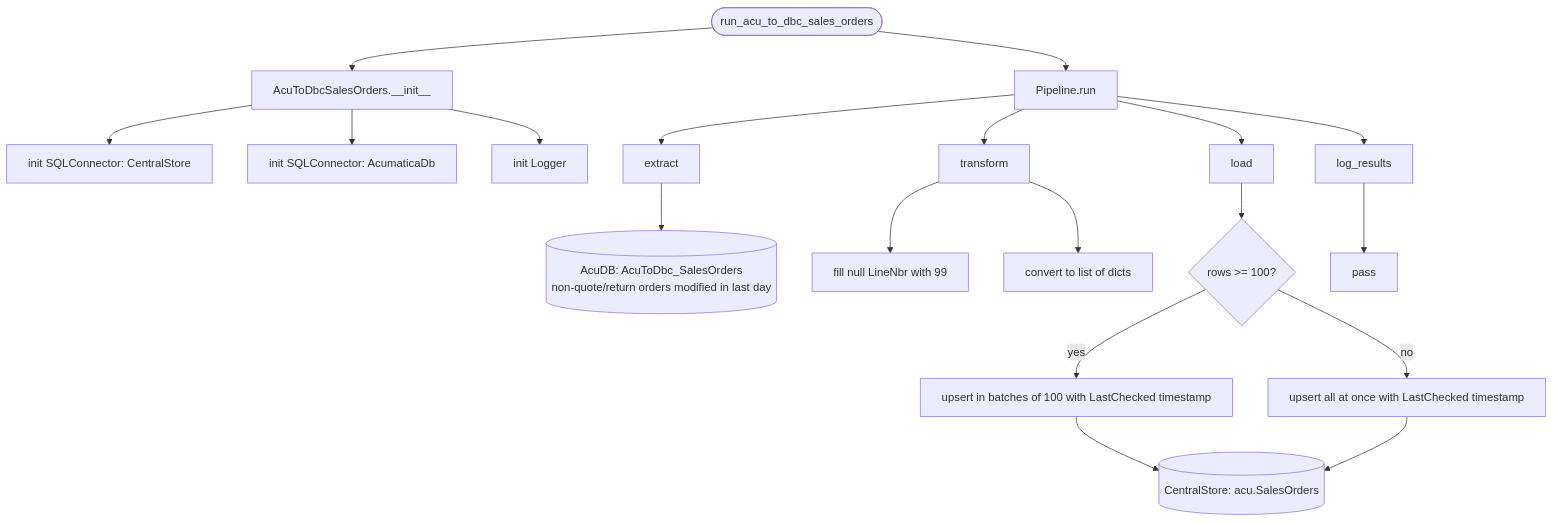
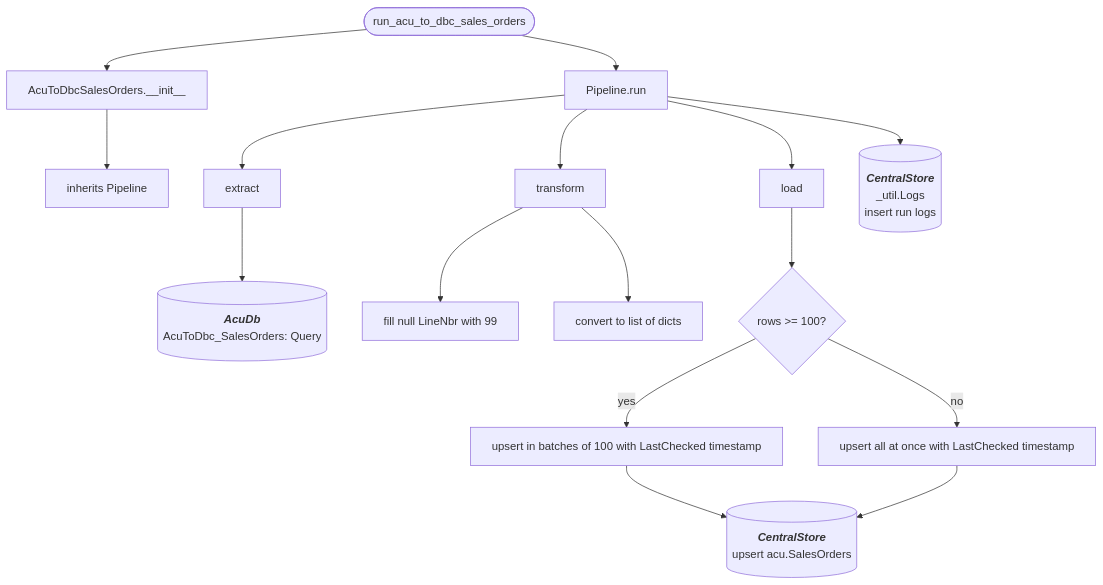
The diagram in docs/functions/acu_to_dbc_sales_orders.md (journeyhl/integration-platform), drawn with Mermaid before and after one commit. The commit also changed 42 other files, not shown here.

````diff
--- a/docs/functions/acu_to_dbc_sales_orders.md
+++ b/docs/functions/acu_to_dbc_sales_orders.md
@@ -15,26 +14,32 @@
 ```mermaid
 %%{init: {"flowchart": {"wrappingWidth": 400}}}%%
 flowchart TD
     A([run_acu_to_dbc_sales_orders]) --> B[AcuToDbcSalesOrders.__init__]
-    B --> B1[init SQLConnector: CentralStore]
-    B --> B2[init SQLConnector: AcumaticaDb]
-    B --> B3[init Logger]
+    B --> B1[inherits Pipeline]
     A --> RUN[Pipeline.run]
 
     RUN --> EX[extract]
-    EX --> D1[(AcuDB: AcuToDbc_SalesOrders<br/>non-quote/return orders modified in last day)]
+    EX --> D1[(
+        <b><i>AcuDb</i></b>
+        AcuToDbc_SalesOrders: Query
+    )]
 
     RUN --> TR[transform]
     TR --> T1[fill null LineNbr with 99]
     TR --> T2[convert to list of dicts]
 
     RUN --> LD[load]
     LD --> L1{rows >= 100?}
     L1 -->|yes| L2[upsert in batches of 100 with LastChecked timestamp]
     L1 -->|no| L3[upsert all at once with LastChecked timestamp]
-    L2 --> CS1[(CentralStore: acu.SalesOrders)]
+    L2 --> CS1[(
+        <b><i>CentralStore</i></b>
+        upsert acu.SalesOrders
+    )]
     L3 --> CS1
 
-    RUN --> LR[log_results]
-    LR --> LO[pass]
+    RUN --> LOGS[(
+        <b><i>CentralStore</i></b>
+        _util.Logs<br/>insert run logs
+    )]
 ```
````
